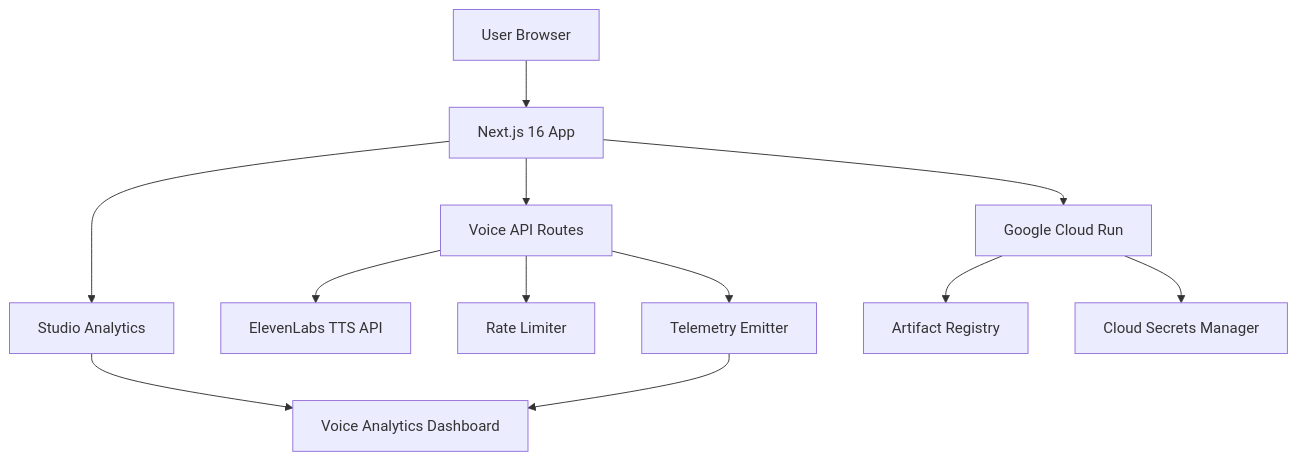
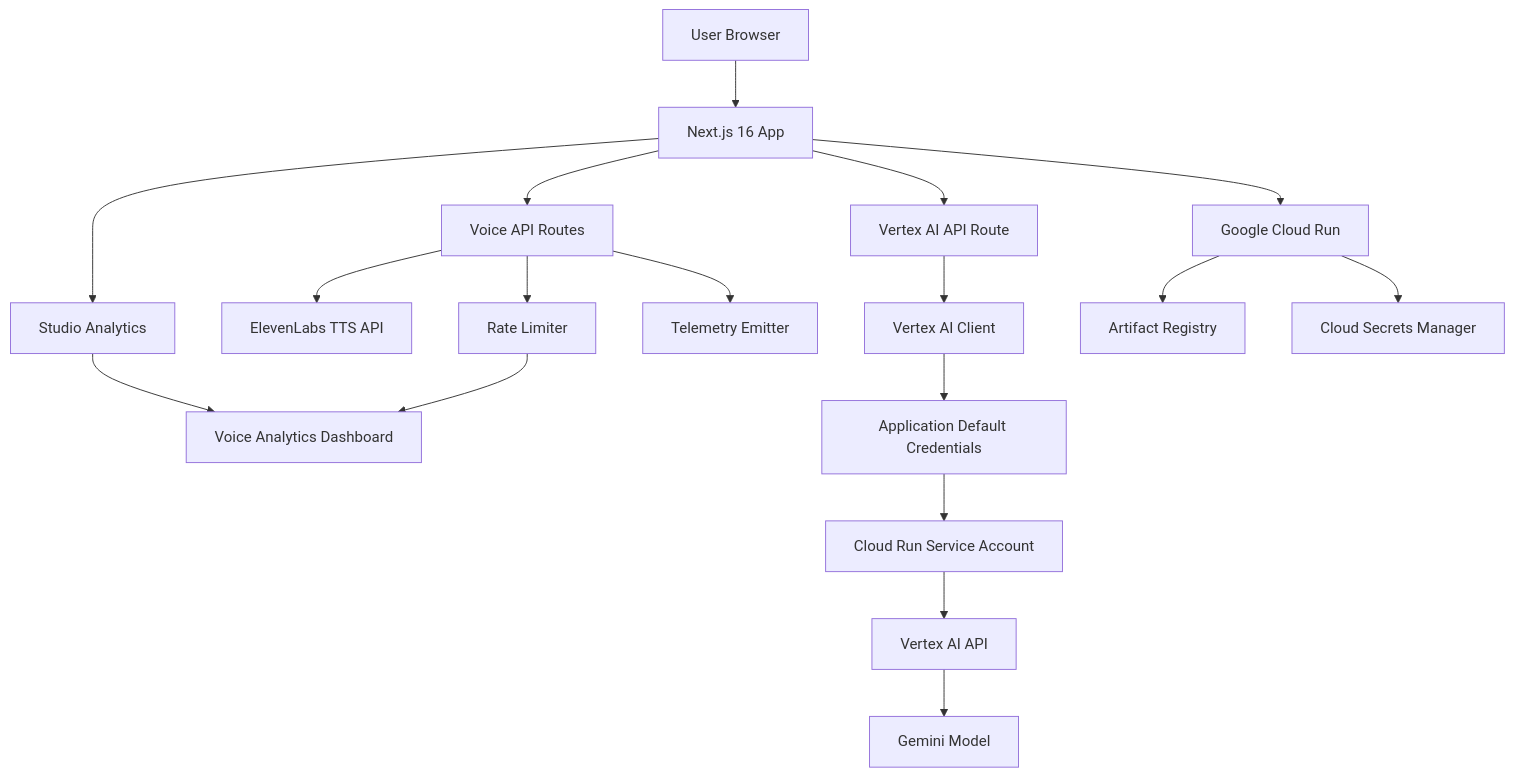
Before and after one commit to sofus-deng/lessonarcade: the diagram in README.md, drawn with Mermaid. The commit also changed other lines of this file and 9 other files, not shown here.

First line of the commit message:
feat(la2-p0-03): Add Vertex AI Gemini integration for production Cloud Run deployment

````diff
--- a/README.md
+++ b/README.md
@@ -226,14 +272,20 @@
 ```mermaid
 graph TB
     A[User Browser] --> B[Next.js 16 App]
     B --> C[Voice API Routes]
     B --> D[Studio Analytics]
-    C --> E[ElevenLabs TTS API]
-    C --> F[Rate Limiter]
-    C --> G[Telemetry Emitter]
-    D --> H[Voice Analytics Dashboard]
-    G --> H
-    B --> I[Google Cloud Run]
-    I --> J[Artifact Registry]
-    I --> K[Cloud Secrets Manager]
+    B --> E[Vertex AI API Route]
+    C --> F[ElevenLabs TTS API]
+    C --> G[Rate Limiter]
+    C --> H[Telemetry Emitter]
+    D --> I[Voice Analytics Dashboard]
+    G --> I
+    E --> J[Vertex AI Client]
+    J --> K[Application Default Credentials]
+    K --> L[Cloud Run Service Account]
+    L --> M[Vertex AI API]
+    M --> N[Gemini Model]
+    B --> O[Google Cloud Run]
+    O --> P[Artifact Registry]
+    O --> Q[Cloud Secrets Manager]
 ```
````
